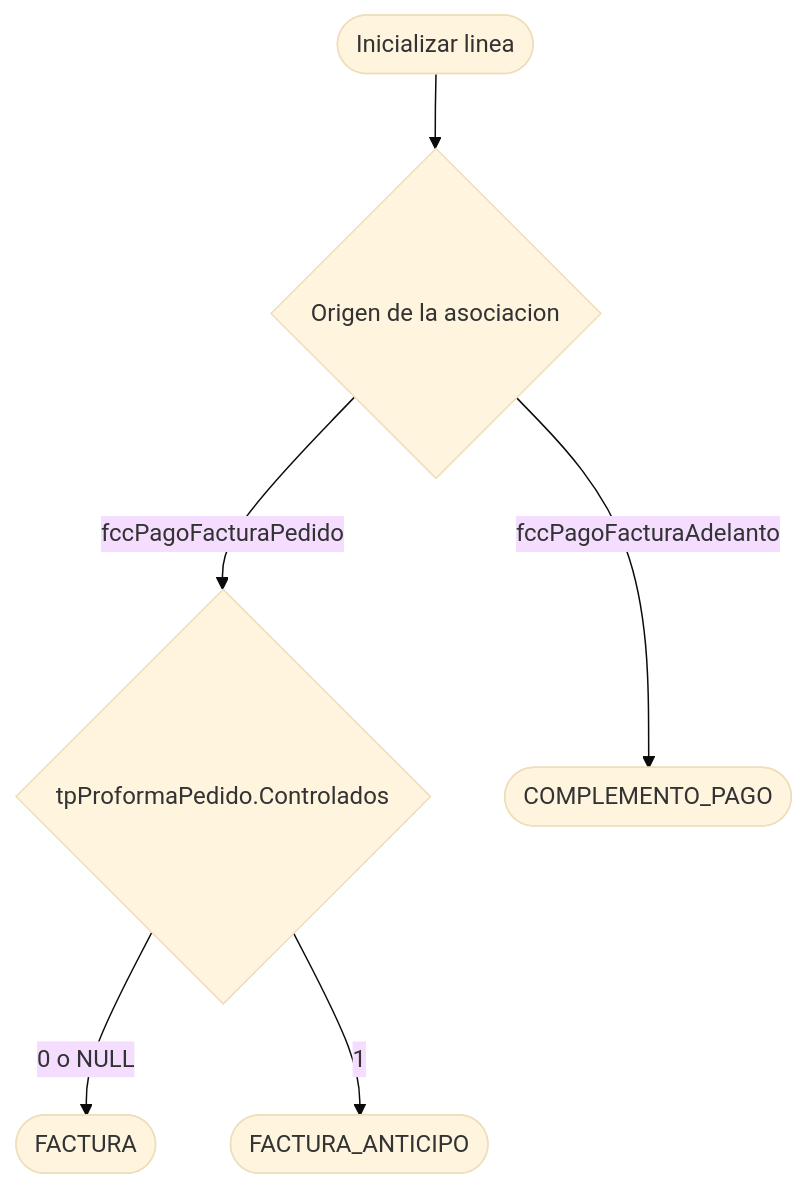
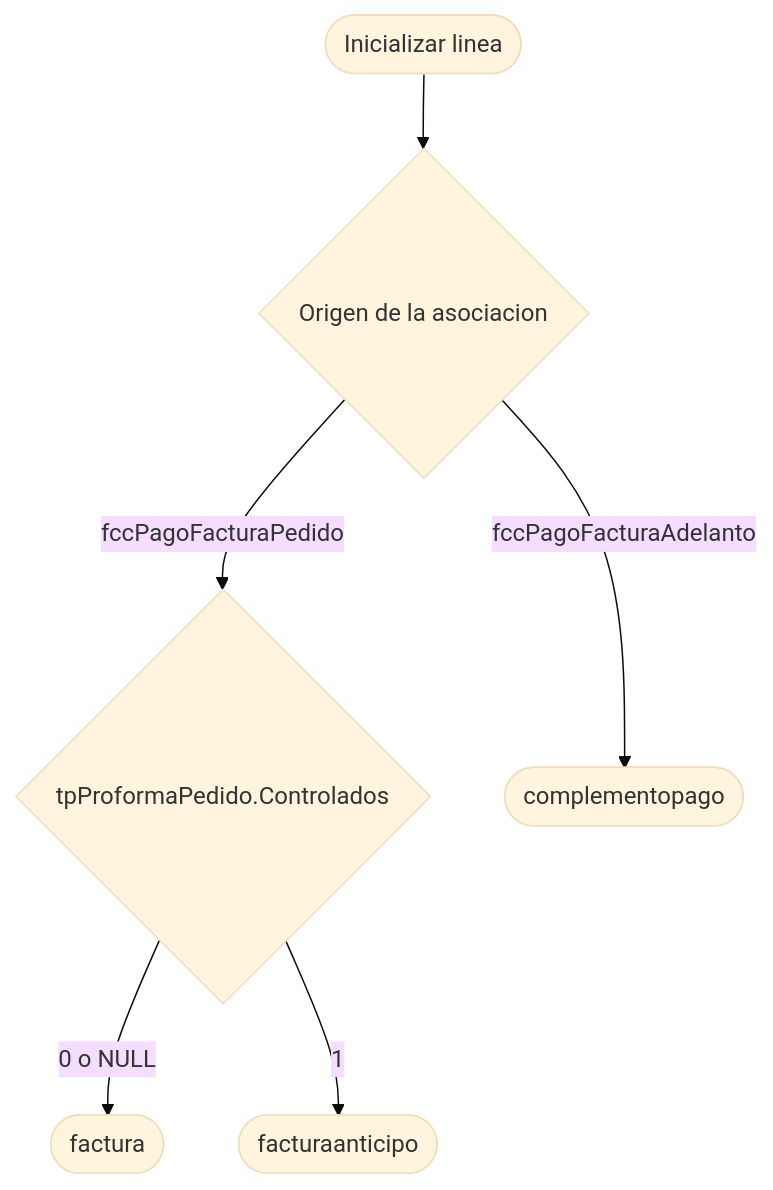
One commit to JuanGarciaRyndem/R16-Documentacion changed the second of 4 diagrams in Requisitos/R16A-RE-FU-028/[R16A-RE-FU-028][DIS-SOL] Diseño de la solución.md. Above: the diagram before and after it, drawn with Mermaid (base theme). The commit also changed other lines of this file and 32 other files, not shown here.

````diff
--- a/Requisitos/R16A-RE-FU-028/[R16A-RE-FU-028][DIS-SOL] Diseño de la solución.md
+++ b/Requisitos/R16A-RE-FU-028/[R16A-RE-FU-028][DIS-SOL] Diseño de la solución.md
@@ -244,8 +244,8 @@
 ```mermaid
 flowchart TD
     A([Inicializar linea]) --> B{Origen de la asociacion}
     B -- fccPagoFacturaPedido --> C{tpProformaPedido.Controlados}
-    C -- 0 o NULL --> D([FACTURA])
-    C -- 1 --> E([FACTURA_ANTICIPO])
-    B -- fccPagoFacturaAdelanto --> F([COMPLEMENTO_PAGO])
+    C -- 0 o NULL --> D([factura])
+    C -- 1 --> E([facturaanticipo])
+    B -- fccPagoFacturaAdelanto --> F([complementopago])
 ```
````
